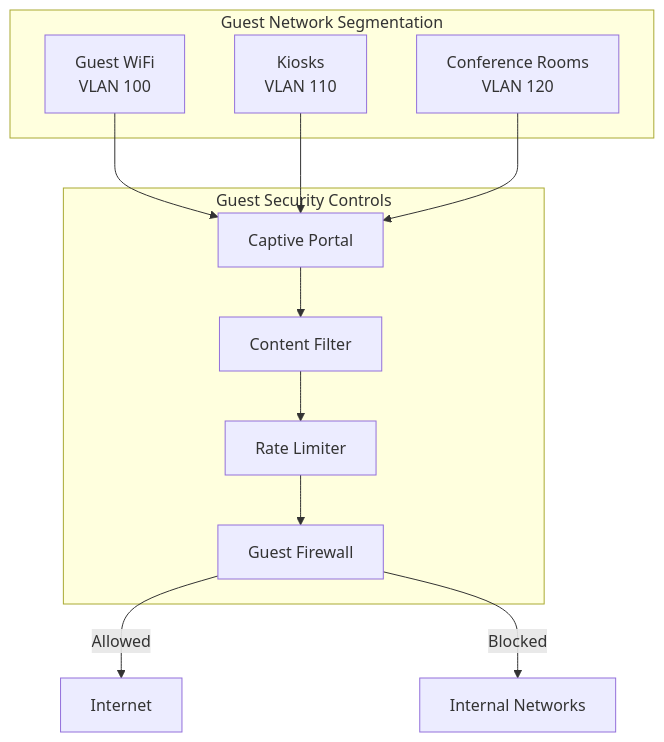
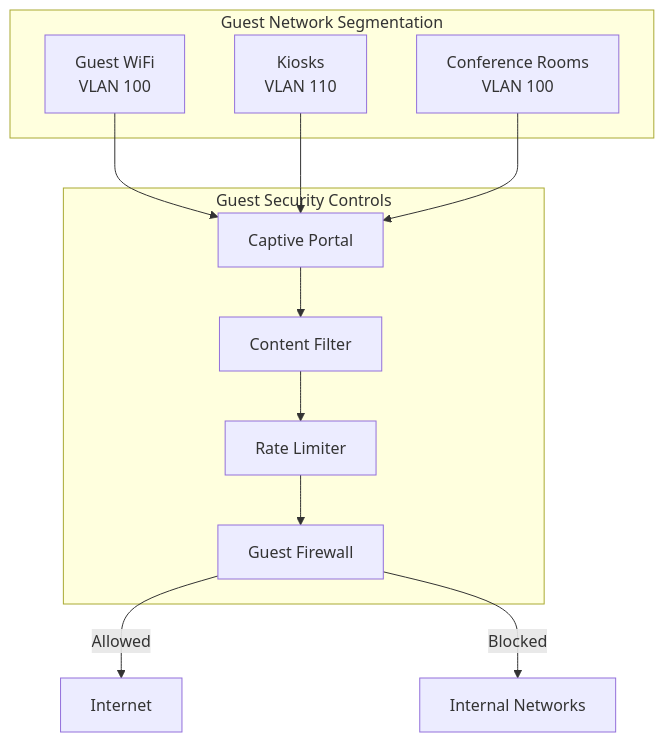
Before and after one commit to NewOrleansITI/networkstandards: diagram 11 of 14 in docs/security/network-segmentation.md, drawn with Mermaid. The commit also changed other lines of this file and 9 other files, not shown here.

````diff
--- a/docs/security/network-segmentation.md
+++ b/docs/security/network-segmentation.md
@@ -510,24 +510,24 @@
 ```mermaid
 graph TB
     subgraph GUEST_NETWORK["Guest Network Segmentation"]
         GUEST_WIFI["Guest WiFi<br/>VLAN 100"]
         KIOSK_NET["Kiosks<br/>VLAN 110"]
-        CONF_NET["Conference Rooms<br/>VLAN 120"]
+        CONF_NET["Conference Rooms<br/>VLAN 100"]
     end
 
     subgraph GUEST_CONTROLS["Guest Security Controls"]
         PORTAL["Captive Portal"]
         FILTER["Content Filter"]
         RATE["Rate Limiter"]
         FW_GUEST["Guest Firewall"]
     end
 
     GUEST_WIFI --> PORTAL
     KIOSK_NET --> PORTAL
     CONF_NET --> PORTAL
 
     PORTAL --> FILTER --> RATE --> FW_GUEST
 
     FW_GUEST -->|"Allowed"| INTERNET["Internet"]
     FW_GUEST -->|"Blocked"| INTERNAL["Internal Networks"]
 ```
````
